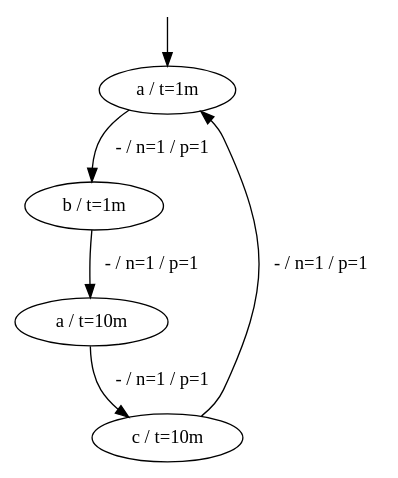
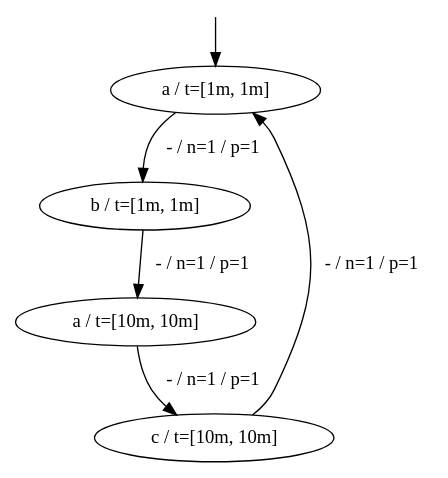
The diagram in examples/abac-loop.dot (tudo-aqua/heat-pump-mining), drawn with Graphviz before and after one commit. The commit also changed 23 other files, not shown here.

```diff
--- a/examples/abac-loop.dot
+++ b/examples/abac-loop.dot
@@ -1,36 +1,36 @@
 // SPDX-FileCopyrightText: 2025-2025 The Heat Pump Mining Authors, see AUTHORS.md
 //
 // SPDX-License-Identifier: CC-BY-4.0
 digraph g {
   s0 [
-    label="a / t=1m";
+    label="a / t=[1m, 1m]";
   ];
   s1 [
-    label="b / t=1m";
+    label="b / t=[1m, 1m]";
   ];
   s2 [
-    label="a / t=10m";
+    label="a / t=[10m, 10m]";
   ];
   s3 [
-    label="c / t=10m";
+    label="c / t=[10m, 10m]";
   ];
   s0 -> s1 [
     label="- / n=1 / p=1";
   ];
   s1 -> s2 [
     label="- / n=1 / p=1";
   ];
   s2 -> s3 [
     label="- / n=1 / p=1";
   ];
   s3 -> s0 [
     label="- / n=1 / p=1";
   ];
   __start0 [
     label="";
     shape="none";
     width="0";
     height="0";
   ];
   __start0 -> s0;
 }
```
